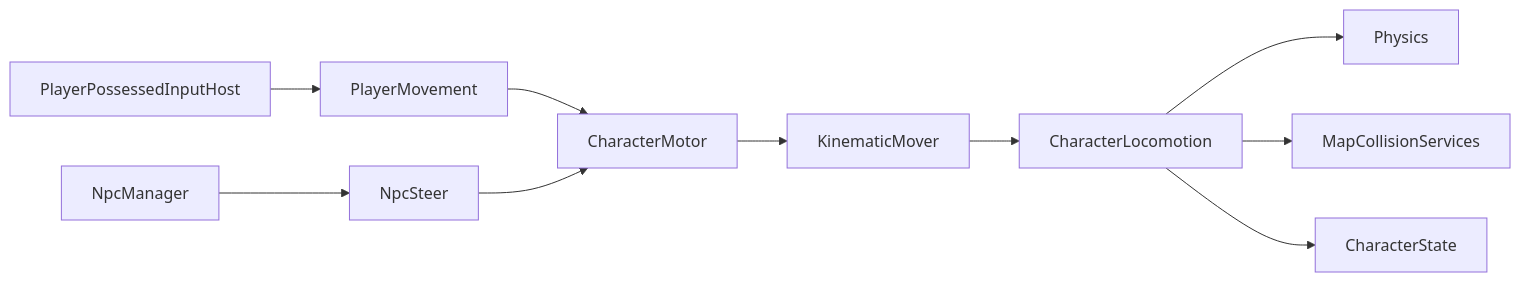
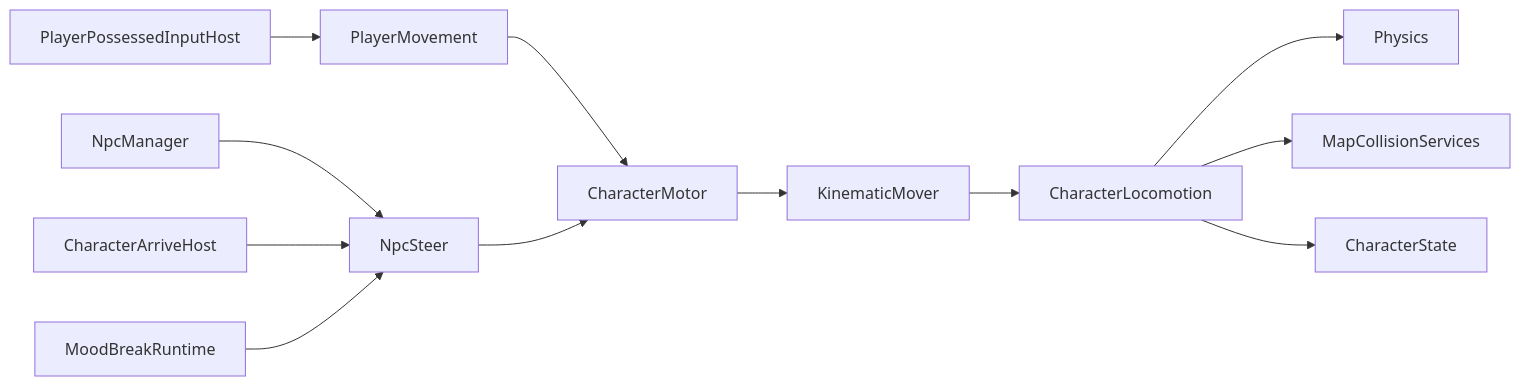
The first of 2 diagrams in docs/locomotion/LOCOMOTION.md (garunnir/Project_Pictureless), drawn with Mermaid before and after one commit. The commit also changed other lines of this file and 19 other files, not shown here.

````diff
--- a/docs/locomotion/LOCOMOTION.md
+++ b/docs/locomotion/LOCOMOTION.md
@@ -11,12 +11,14 @@
 ```mermaid
 flowchart LR
     PlayerPossessedInputHost --> PlayerMovement
     PlayerMovement --> CharacterMotor
     NpcManager --> NpcSteer
+    CharacterArriveHost --> NpcSteer
+    MoodBreakRuntime --> NpcSteer
     NpcSteer --> CharacterMotor
     CharacterMotor --> KinematicMover
     KinematicMover --> CharacterLocomotion
     CharacterLocomotion --> Physics
     CharacterLocomotion --> MapCollisionServices
     CharacterLocomotion --> CharacterState
 ```
````
